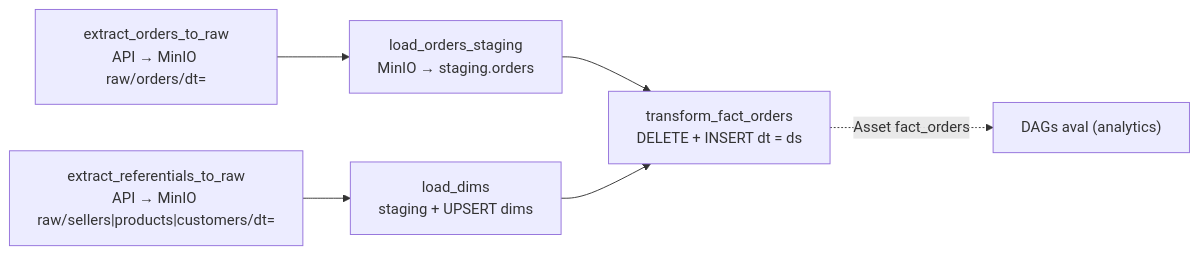
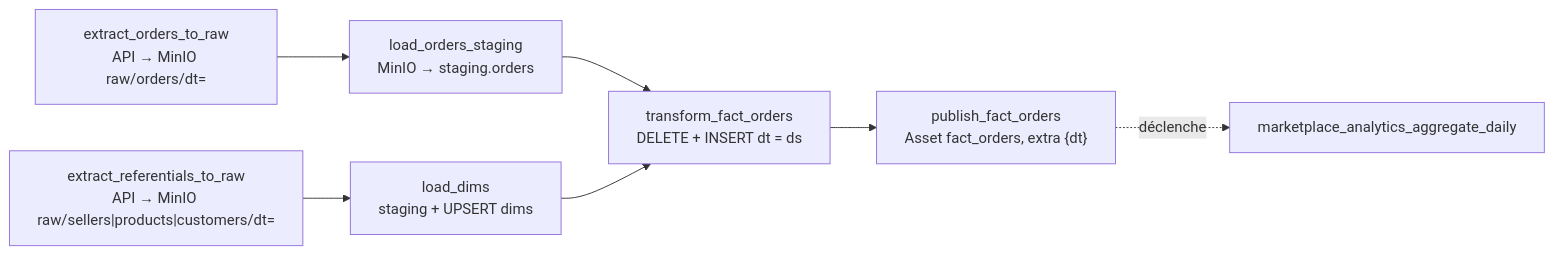
Before and after one commit to bhvvl/projet-final-marketplace: the third of 3 diagrams in README.md, drawn with Mermaid. The commit also changed other lines of this file and 12 other files, not shown here.

First line of the commit message:
J2 : DAG analytics déclenché par Asset, backfill 30 jours, Metabase et 2 dashboards

````diff
--- a/README.md
+++ b/README.md
@@ -83,8 +83,9 @@
 ```mermaid
 flowchart LR
     eo["extract_orders_to_raw<br/>API → MinIO raw/orders/dt="] --> lo["load_orders_staging<br/>MinIO → staging.orders"]
     er["extract_referentials_to_raw<br/>API → MinIO raw/sellers|products|customers/dt="] --> ld["load_dims<br/>staging + UPSERT dims"]
     lo --> tf["transform_fact_orders<br/>DELETE + INSERT dt = ds"]
     ld --> tf
-    tf -. "Asset fact_orders" .-> aval["DAGs aval (analytics)"]
+    tf --> pub["publish_fact_orders<br/>Asset fact_orders, extra {dt}"]
+    pub -. "déclenche" .-> aval["marketplace_analytics_aggregate_daily"]
 ```
````
